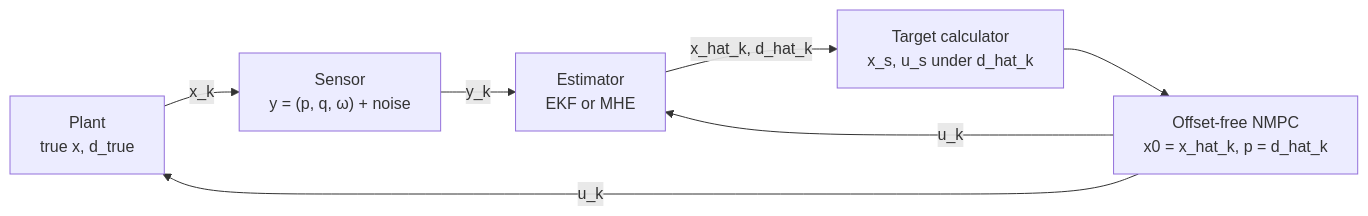
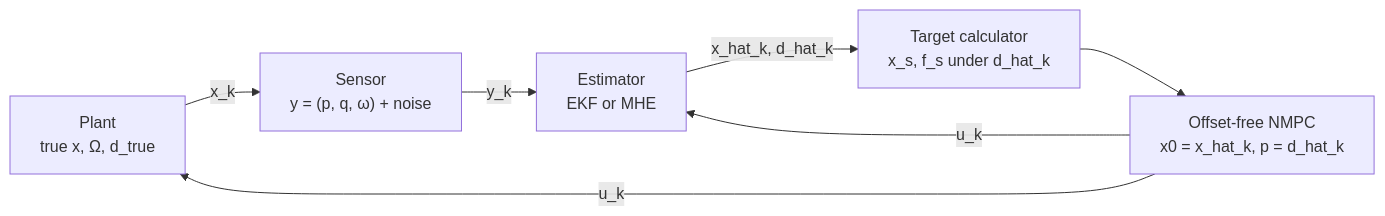
The diagram in docs/stage4a_ekf.md (navis-stella/quadrotor-mpc), drawn with Mermaid before and after one commit. The commit also changed other lines of this file and 43 other files, not shown here.

````diff
--- a/docs/stage4a_ekf.md
+++ b/docs/stage4a_ekf.md
@@ -153,9 +189,9 @@
 ```mermaid
 flowchart LR
-    P["Plant<br/>true x, d_true"] -->|"x_k"| S["Sensor<br/>y = (p, q, ω) + noise"]
+    P["Plant<br/>true x, Ω, d_true"] -->|"x_k"| S["Sensor<br/>y = (p, q, ω) + noise"]
     S -->|"y_k"| E["Estimator<br/>EKF or MHE"]
-    E -->|"x_hat_k, d_hat_k"| T["Target calculator<br/>x_s, u_s under d_hat_k"]
+    E -->|"x_hat_k, d_hat_k"| T["Target calculator<br/>x_s, f_s under d_hat_k"]
     T --> M["Offset-free NMPC<br/>x0 = x_hat_k, p = d_hat_k"]
     M -->|"u_k"| P
     M -->|"u_k"| E
 ```
````
